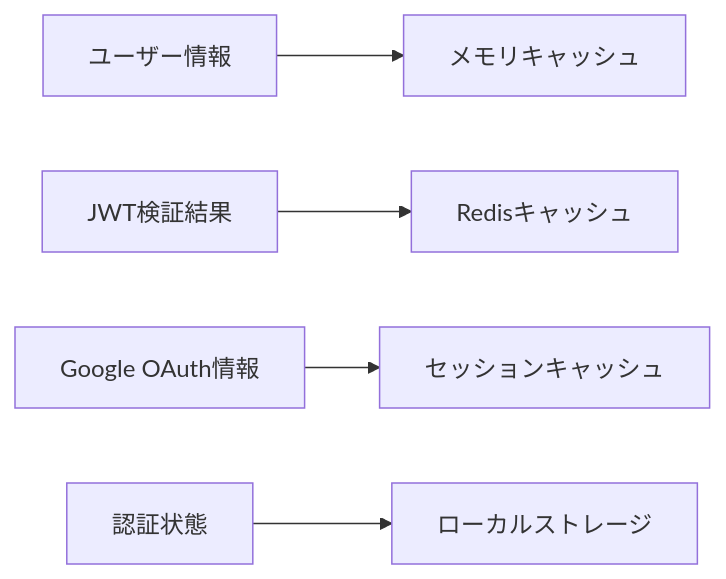
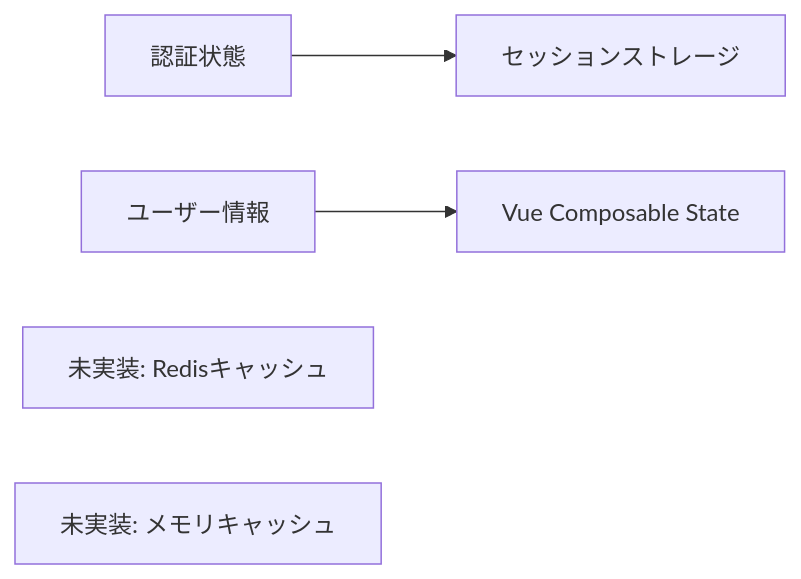
One commit to myantyuWorld/stackies-with-cc changed diagram 19 of 27 in docs/auth-system-design.md. Above: the diagram before and after it, drawn with Mermaid. The commit also changed other lines of this file and 13 other files, not shown here.

````diff
--- a/docs/auth-system-design.md
+++ b/docs/auth-system-design.md
@@ -416,7 +386,8 @@
 ```mermaid
 graph LR
-    A[ユーザー情報] --> B[メモリキャッシュ]
-    C[JWT検証結果] --> D[Redisキャッシュ]
-    E[Google OAuth情報] --> F[セッションキャッシュ]
-    G[認証状態] --> H[ローカルストレージ]
+    A[認証状態] --> B[セッションストレージ]
+    C[ユーザー情報] --> D[Vue Composable State]
+    
+    Note1[未実装: Redisキャッシュ]
+    Note2[未実装: メモリキャッシュ]
 ```
````
